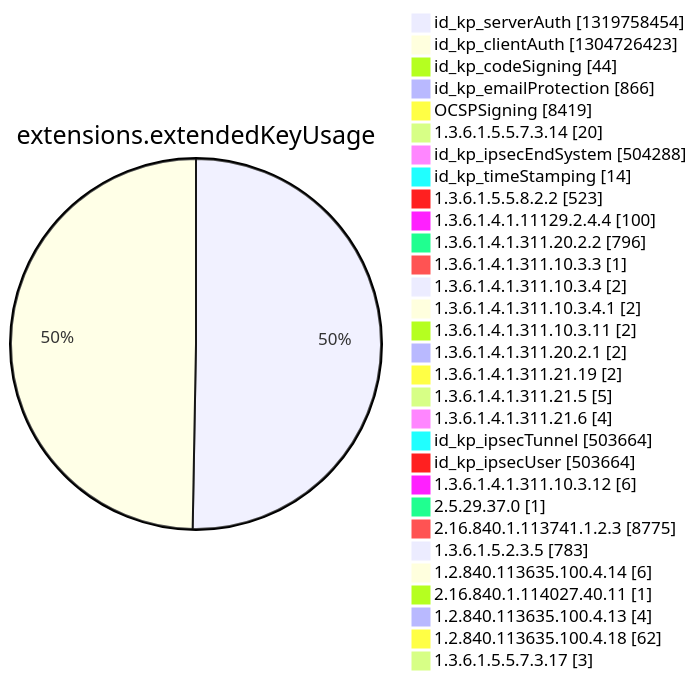
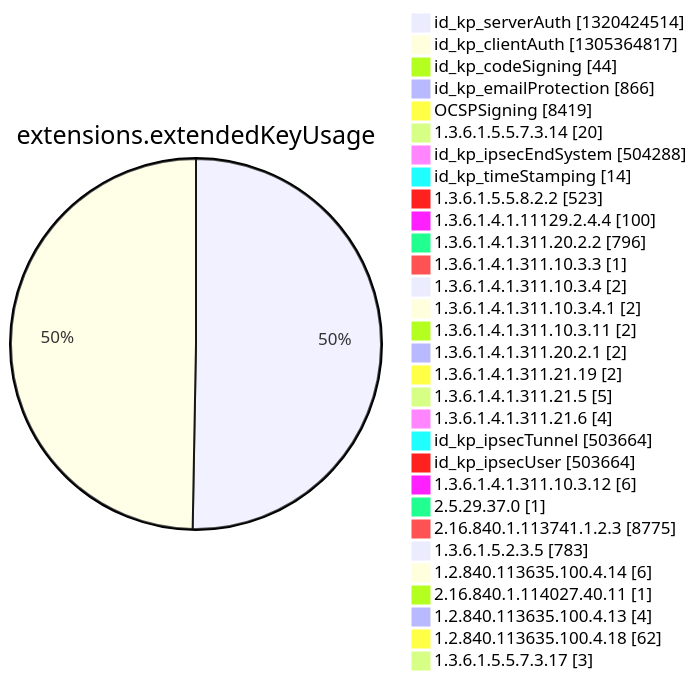
Before and after one commit to christiankrug/ctmonitor_visualization: diagram 12 of 15 in argon2022/README.md, drawn with Mermaid. The commit also changed other lines of this file, not shown here.

````diff
--- a/argon2022/README.md
+++ b/argon2022/README.md
@@ -3552,34 +3552,34 @@
 ```mermaid
 pie showData
 title extensions.extendedKeyUsage
-"id_kp_serverAuth" :1319758454
-"id_kp_clientAuth" :1304726423
+"id_kp_serverAuth" :1320424514
+"id_kp_clientAuth" :1305364817
 "id_kp_codeSigning" :44
 "id_kp_emailProtection" :866
 "OCSPSigning" :8419
 "1.3.6.1.5.5.7.3.14" :20
 "id_kp_ipsecEndSystem" :504288
 "id_kp_timeStamping" :14
 "1.3.6.1.5.5.8.2.2" :523
 "1.3.6.1.4.1.11129.2.4.4" :100
 "1.3.6.1.4.1.311.20.2.2" :796
 "1.3.6.1.4.1.311.10.3.3" :1
 "1.3.6.1.4.1.311.10.3.4" :2
 "1.3.6.1.4.1.311.10.3.4.1" :2
 "1.3.6.1.4.1.311.10.3.11" :2
 "1.3.6.1.4.1.311.20.2.1" :2
 "1.3.6.1.4.1.311.21.19" :2
 "1.3.6.1.4.1.311.21.5" :5
 "1.3.6.1.4.1.311.21.6" :4
 "id_kp_ipsecTunnel" :503664
 "id_kp_ipsecUser" :503664
 "1.3.6.1.4.1.311.10.3.12" :6
 "2.5.29.37.0" :1
 "2.16.840.1.113741.1.2.3" :8775
 "1.3.6.1.5.2.3.5" :783
 "1.2.840.113635.100.4.14" :6
 "2.16.840.1.114027.40.11" :1
 "1.2.840.113635.100.4.13" :4
 "1.2.840.113635.100.4.18" :62
 "1.3.6.1.5.5.7.3.17" :3
 ```
````
